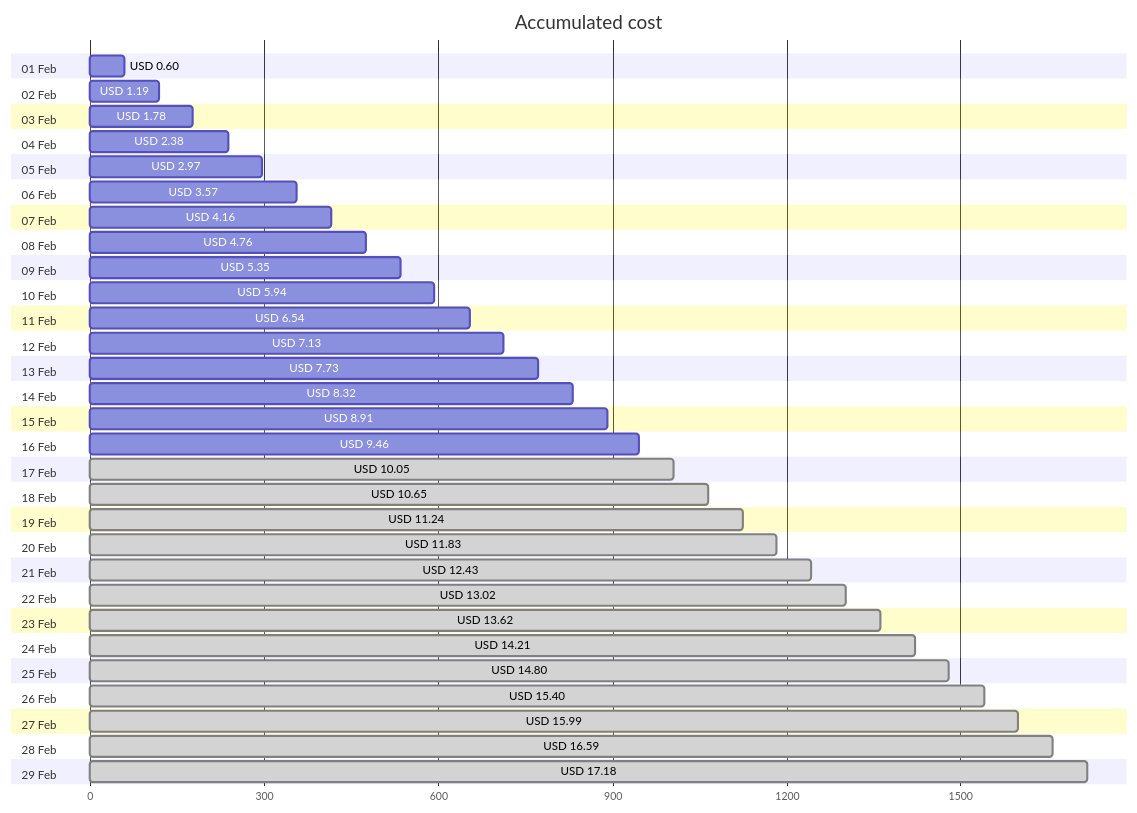
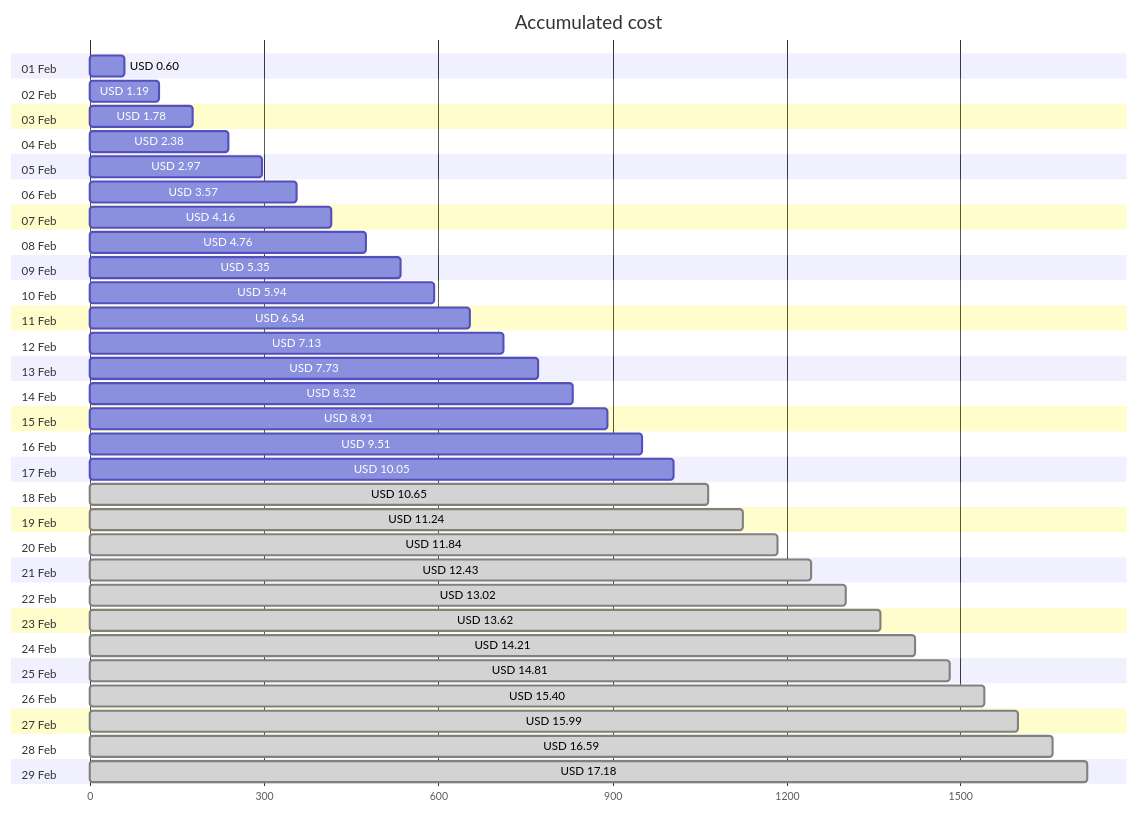
One commit to jpfulton/azure-personal-reports changed the first of 4 diagrams in cost-reports/personal-site/README.md. Above: the diagram before and after it, drawn with Mermaid. The commit also changed other lines of this file and 7 other files, not shown here.

````diff
--- a/cost-reports/personal-site/README.md
+++ b/cost-reports/personal-site/README.md
@@ -20,64 +20,64 @@
 ```mermaid
 gantt
    title Accumulated cost
    dateFormat  X
    axisFormat %s
    section 01 Feb
    USD 0.60 :0, 60
    section 02 Feb
    USD 1.19 :0, 119
    section 03 Feb
    USD 1.78 :0, 178
    section 04 Feb
    USD 2.38 :0, 238
    section 05 Feb
    USD 2.97 :0, 297
    section 06 Feb
    USD 3.57 :0, 357
    section 07 Feb
    USD 4.16 :0, 416
    section 08 Feb
    USD 4.76 :0, 476
    section 09 Feb
    USD 5.35 :0, 535
    section 10 Feb
    USD 5.94 :0, 594
    section 11 Feb
    USD 6.54 :0, 654
    section 12 Feb
    USD 7.13 :0, 713
    section 13 Feb
    USD 7.73 :0, 773
    section 14 Feb
    USD 8.32 :0, 832
    section 15 Feb
    USD 8.91 :0, 891
    section 16 Feb
-   USD 9.46 :0, 946
+   USD 9.51 :0, 951
    section 17 Feb
-   USD 10.05 : done, 0, 1005
+   USD 10.05 :0, 1005
    section 18 Feb
    USD 10.65 : done, 0, 1065
    section 19 Feb
    USD 11.24 : done, 0, 1124
    section 20 Feb
-   USD 11.83 : done, 0, 1183
+   USD 11.84 : done, 0, 1184
    section 21 Feb
    USD 12.43 : done, 0, 1243
    section 22 Feb
    USD 13.02 : done, 0, 1302
    section 23 Feb
    USD 13.62 : done, 0, 1362
    section 24 Feb
    USD 14.21 : done, 0, 1421
    section 25 Feb
-   USD 14.80 : done, 0, 1480
+   USD 14.81 : done, 0, 1481
    section 26 Feb
    USD 15.40 : done, 0, 1540
    section 27 Feb
    USD 15.99 : done, 0, 1599
    section 28 Feb
    USD 16.59 : done, 0, 1659
    section 29 Feb
    USD 17.18 : done, 0, 1718
 ```
````
